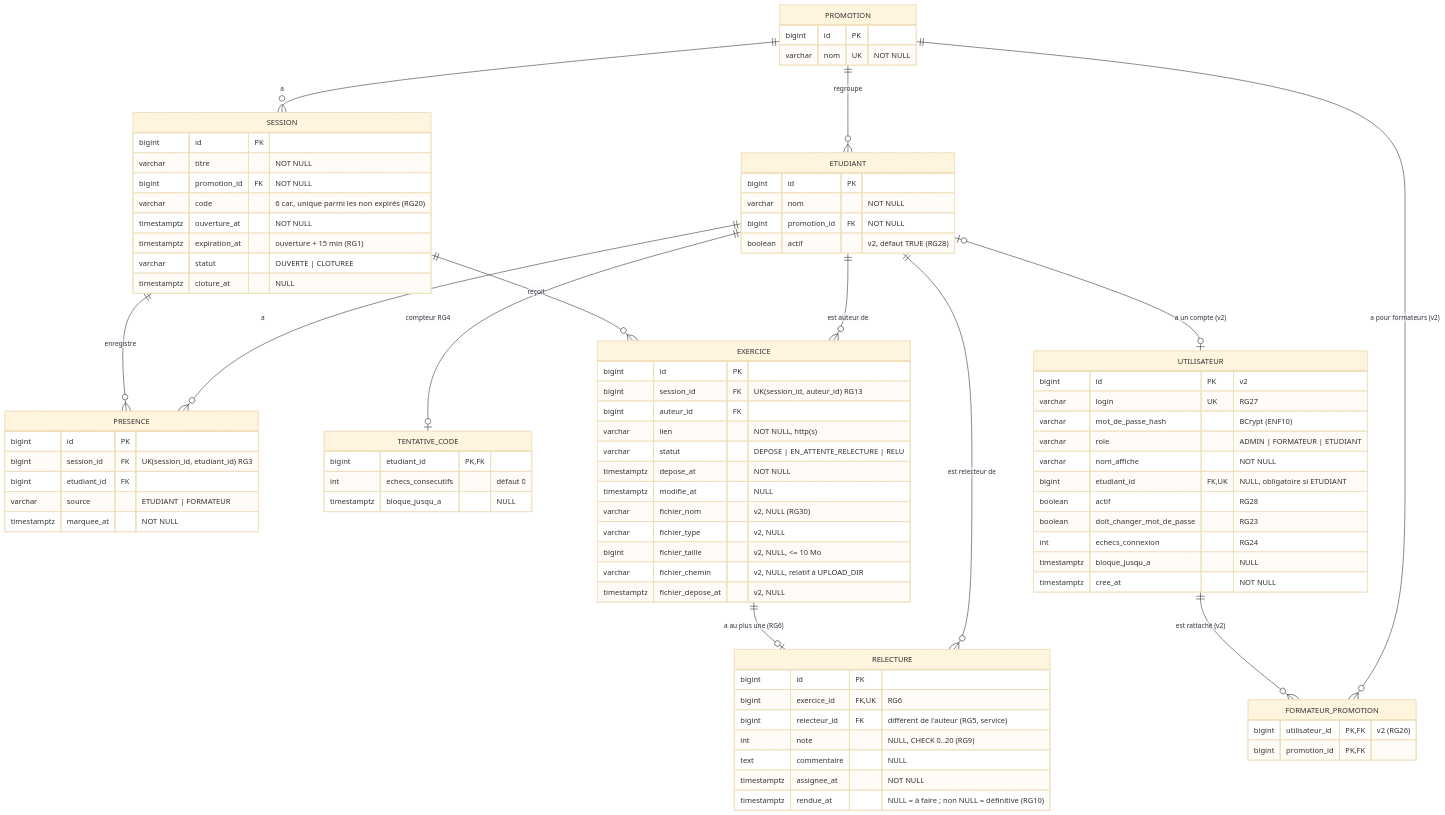
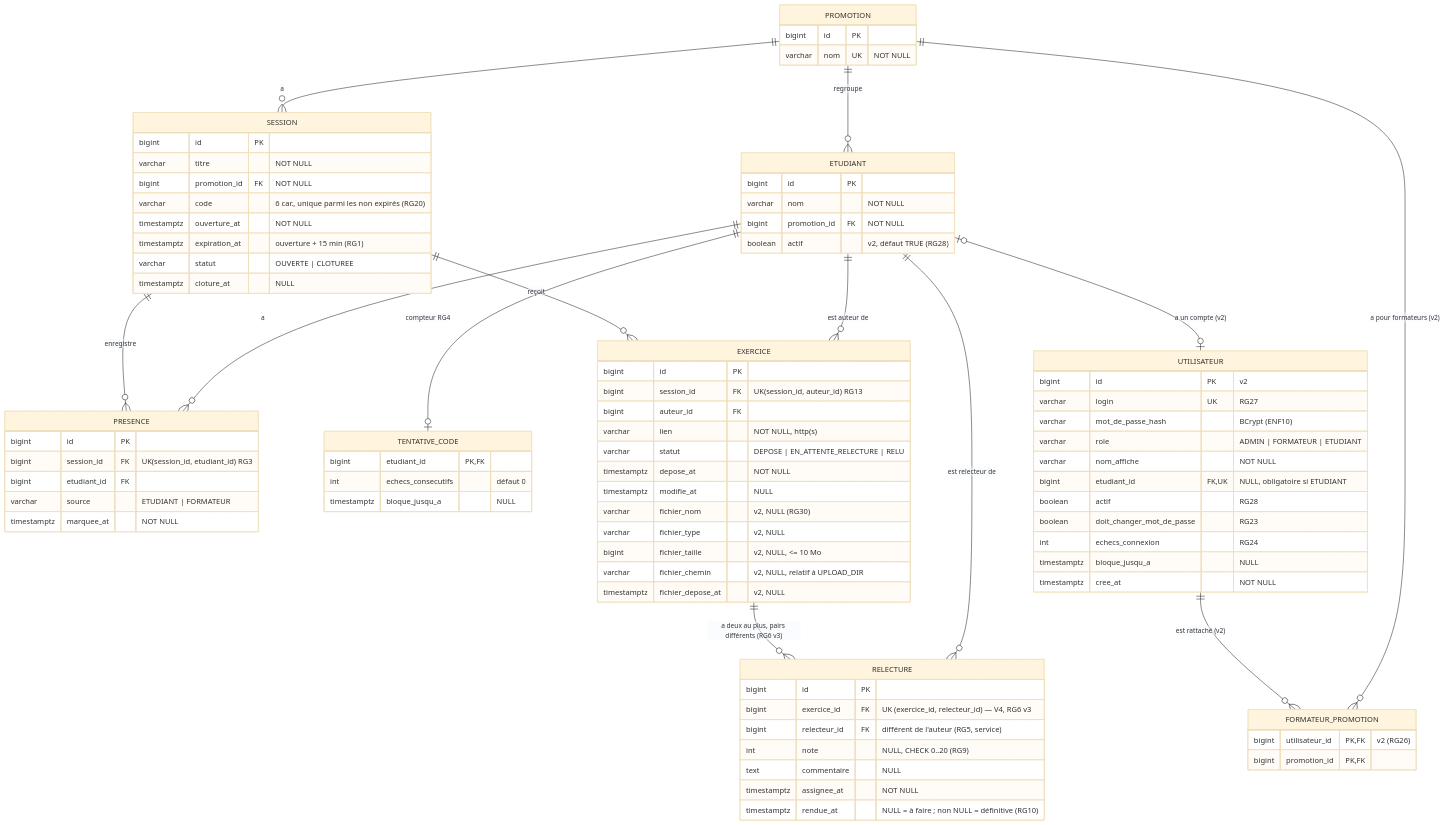
Before and after one commit to leonel2370/kfokam48-epreuve-230: the diagram in docs/diagrammes/D2-modele-donnees.md, drawn with Mermaid (base theme). The commit also changed other lines of this file and 1 other file, not shown here.

Commit message:
docs(diagrammes): mettre D2 et D4 à jour pour la double relecture (#85)
Conséquence du changement de besoin : D2 UNIQUE(exercice_id, relecteur_id)
en V4, D4 RELU seulement quand les deux relecteurs ont rendu.

Refs: #86, #85

```diff
--- a/docs/diagrammes/D2-modele-donnees.md
+++ b/docs/diagrammes/D2-modele-donnees.md
@@ -11,7 +11,7 @@
     ETUDIANT ||--o| TENTATIVE_CODE : "compteur RG4"
     SESSION ||--o{ EXERCICE : "reçoit"
     ETUDIANT ||--o{ EXERCICE : "est auteur de"
-    EXERCICE ||--o| RELECTURE : "a au plus une (RG6)"
+    EXERCICE ||--o{ RELECTURE : "a deux au plus, pairs différents (RG6 v3)"
     ETUDIANT ||--o{ RELECTURE : "est relecteur de"
     ETUDIANT |o--o| UTILISATEUR : "a un compte (v2)"
     UTILISATEUR ||--o{ FORMATEUR_PROMOTION : "est rattaché (v2)"
@@ -82,7 +82,7 @@
     }
     RELECTURE {
         bigint id PK
-        bigint exercice_id FK, UK "RG6"
+        bigint exercice_id FK "UK (exercice_id, relecteur_id) — V4, RG6 v3"
         bigint relecteur_id FK "différent de l'auteur (RG5, service)"
         int note "NULL, CHECK 0..20 (RG9)"
         text commentaire "NULL"
```
